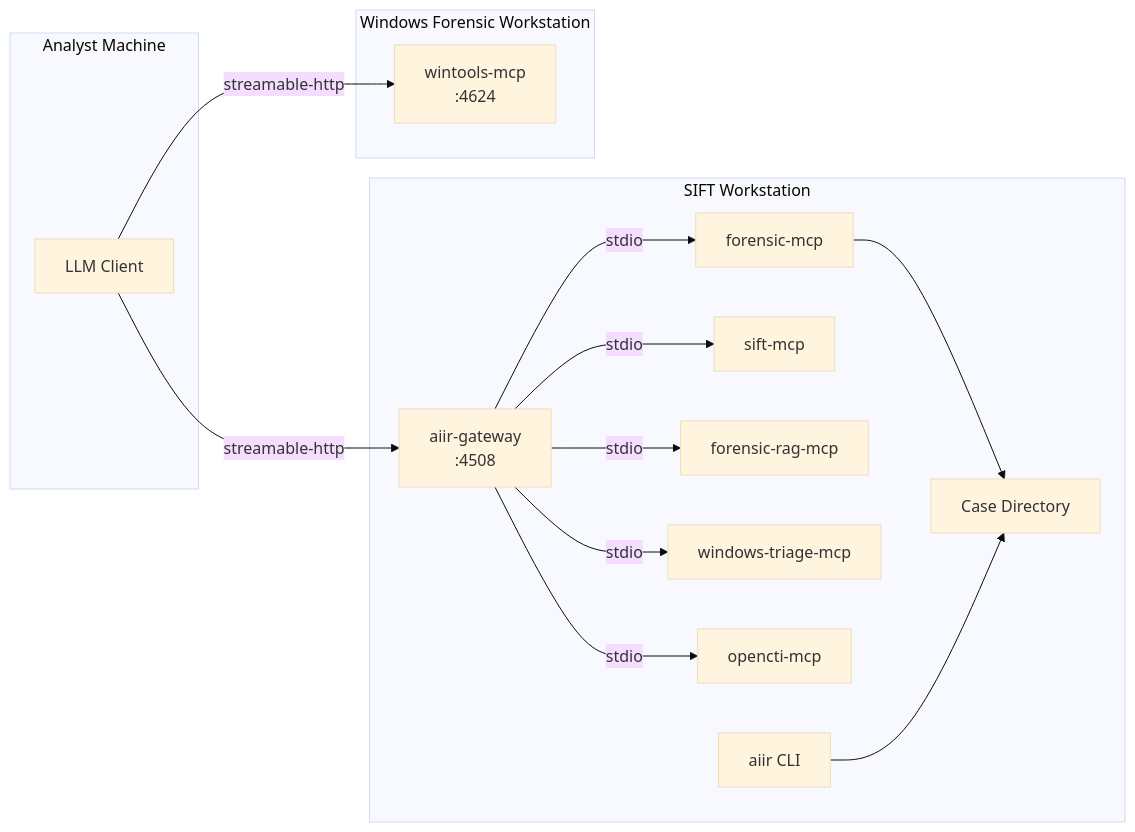
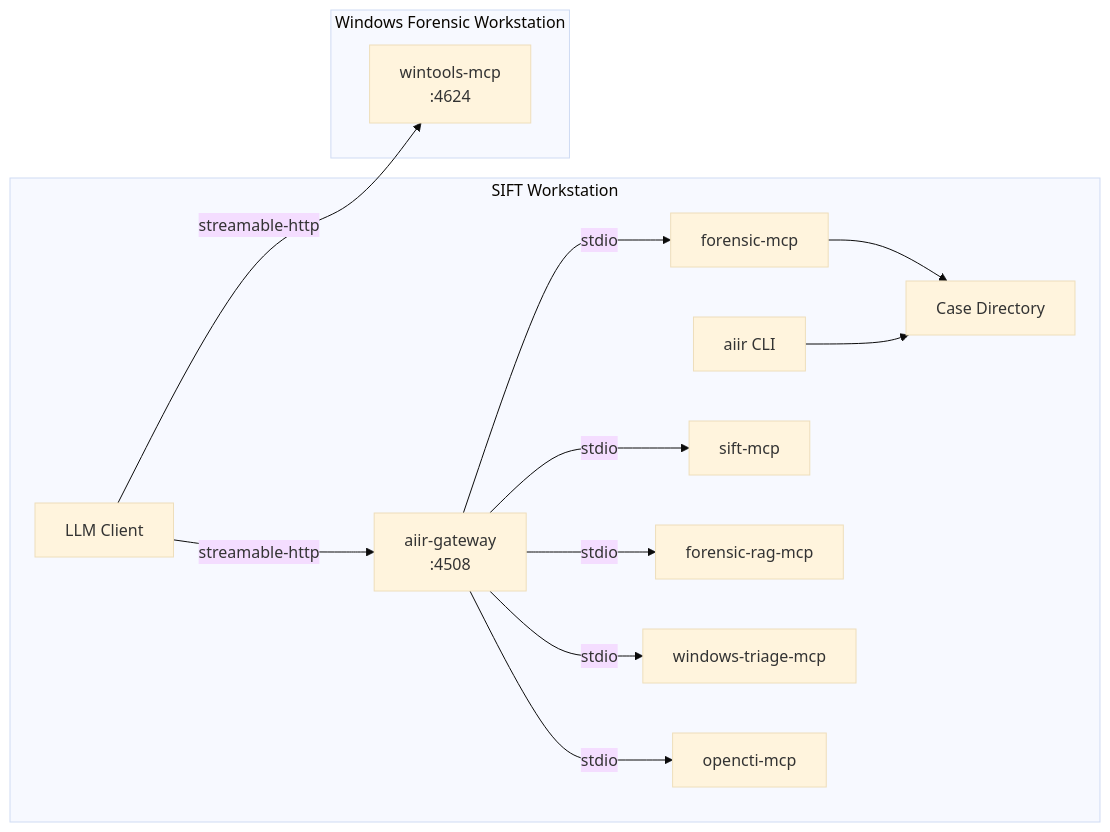
Before and after one commit to AppliedIR/aiir: the third of 5 diagrams in README.md, drawn with Mermaid (base theme). The commit also changed other lines of this file and 1 other file, not shown here.

Commit message:
fix diagrams: LLM client and CLI co-located on SIFT, NFS/SMB for multi-examiner

````diff
--- a/README.md
+++ b/README.md
@@ -93,32 +90,29 @@
 ```mermaid
 graph LR
-    subgraph analyst ["Analyst Machine"]
+    subgraph sift ["SIFT Workstation"]
         CC["LLM Client"]
-    end
-
-    subgraph sift ["SIFT Workstation"]
+        CLI["aiir CLI"]
         GW["aiir-gateway<br/>:4508"]
         FM[forensic-mcp]
         SM[sift-mcp]
         FR[forensic-rag-mcp]
         WTR[windows-triage-mcp]
         OC[opencti-mcp]
         CASE[Case Directory]
-        CLI[aiir CLI]
 
+        CC -->|"streamable-http"| GW
         GW -->|stdio| FM
         GW -->|stdio| SM
         GW -->|stdio| FR
         GW -->|stdio| WTR
         GW -->|stdio| OC
         FM --> CASE
         CLI --> CASE
     end
 
     subgraph winbox ["Windows Forensic Workstation"]
         WT["wintools-mcp<br/>:4624"]
     end
 
-    CC -->|"streamable-http"| GW
     CC -->|"streamable-http"| WT
 ```
````
